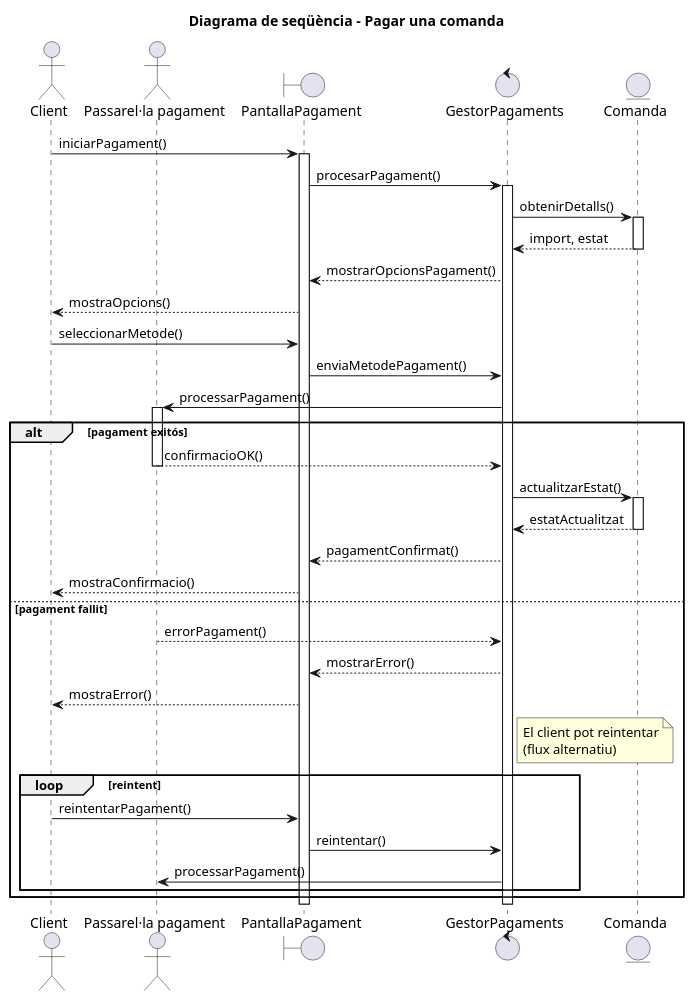
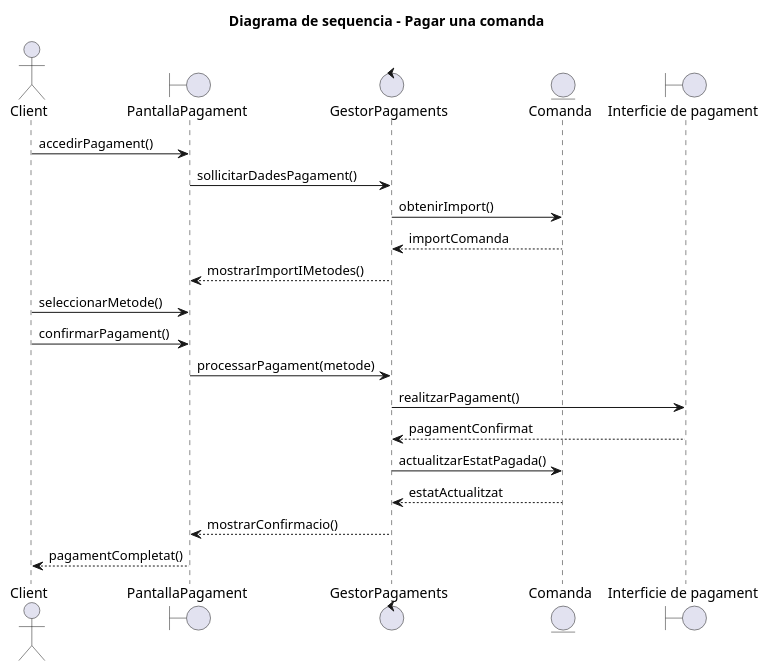
The diagram in diagrames/sequencia/casos/client/pagar-comanda.puml (enricalv03/ES23UAB-411-08), drawn with PlantUML before and after one commit. The commit also changed 6 other files, not shown here.

```diff
--- a/diagrames/sequencia/casos/client/pagar-comanda.puml
+++ b/diagrames/sequencia/casos/client/pagar-comanda.puml
@@ -1,56 +1,29 @@
 @startuml
-title Diagrama de seqüència - Pagar una comanda   
+skinparam defaultFontName Helvetica
+
+title Diagrama de sequencia - Pagar una comanda
 
 actor Client
-actor "Passarel·la pagament" as Passarella
+boundary PantallaPagament
+control GestorPagaments
+entity Comanda
+boundary "Interficie de pagament" as InterficiePagament
 
-boundary "PantallaPagament" as Pantalla
-control "GestorPagaments" as Gestor
-entity "Comanda" as ComandaEntitat
+Client -> PantallaPagament: accedirPagament()
+PantallaPagament -> GestorPagaments: sollicitarDadesPagament()
+GestorPagaments -> Comanda: obtenirImport()
+Comanda --> GestorPagaments: importComanda
+GestorPagaments --> PantallaPagament: mostrarImportIMetodes()
 
-Client -> Pantalla: iniciarPagament()
-activate Pantalla
+Client -> PantallaPagament: seleccionarMetode()
+Client -> PantallaPagament: confirmarPagament()
+PantallaPagament -> GestorPagaments: processarPagament(metode)
+GestorPagaments -> InterficiePagament: realitzarPagament()
+InterficiePagament --> GestorPagaments: pagamentConfirmat
 
-Pantalla -> Gestor: procesarPagament()
-activate Gestor
+GestorPagaments -> Comanda: actualitzarEstatPagada()
+Comanda --> GestorPagaments: estatActualitzat
+GestorPagaments --> PantallaPagament: mostrarConfirmacio()
+PantallaPagament --> Client: pagamentCompletat()
 
-Gestor -> ComandaEntitat: obtenirDetalls()
-activate ComandaEntitat
-ComandaEntitat --> Gestor: import, estat
-deactivate ComandaEntitat
-
-Gestor --> Pantalla: mostrarOpcionsPagament()
-Pantalla --> Client: mostraOpcions()
-
-Client -> Pantalla: seleccionarMetode()
-Pantalla -> Gestor: enviaMetodePagament()
-
-Gestor -> Passarella: processarPagament()
-activate Passarella
-
-alt pagament exitós
-    Passarella --> Gestor: confirmacioOK()
-    deactivate Passarella
-    Gestor -> ComandaEntitat: actualitzarEstat()
-    activate ComandaEntitat
-    ComandaEntitat --> Gestor: estatActualitzat
-    deactivate ComandaEntitat
-    Gestor --> Pantalla: pagamentConfirmat()
-    Pantalla --> Client: mostraConfirmacio()
-else pagament fallit
-    Passarella --> Gestor: errorPagament()
-    deactivate Passarella
-    Gestor --> Pantalla: mostrarError()
-    Pantalla --> Client: mostraError()
-    note right of Gestor: El client pot reintentar\n(flux alternatiu)
-    loop reintent
-        Client -> Pantalla: reintentarPagament()
-        Pantalla -> Gestor: reintentar()
-        Gestor -> Passarella: processarPagament()
-        ' es podria afegir més detall, però es simplifica
-    end
-end
-
-deactivate Gestor
-deactivate Pantalla
 @enduml
```
